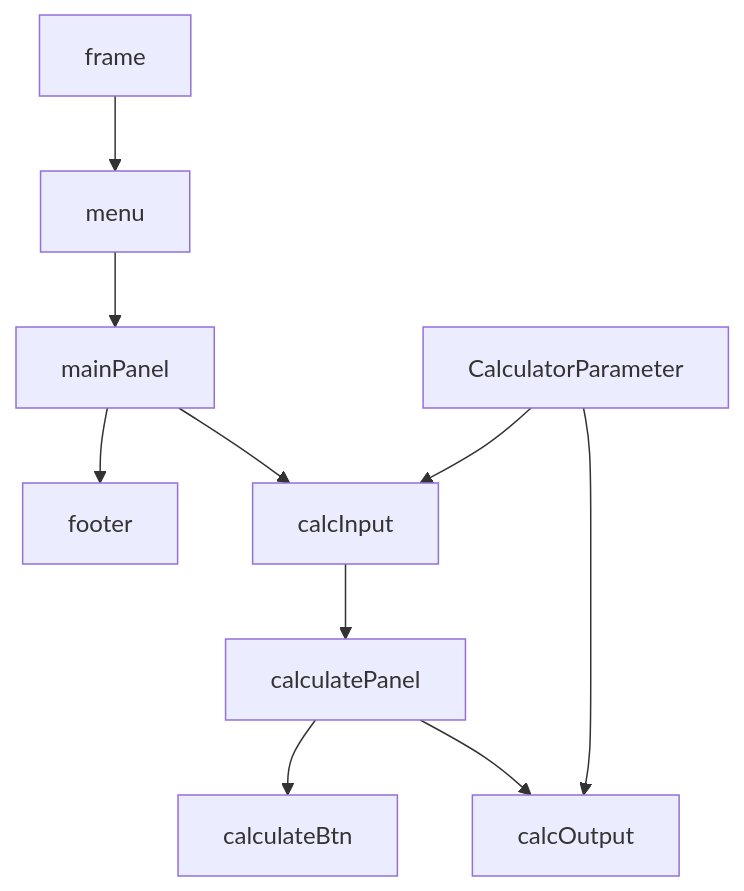
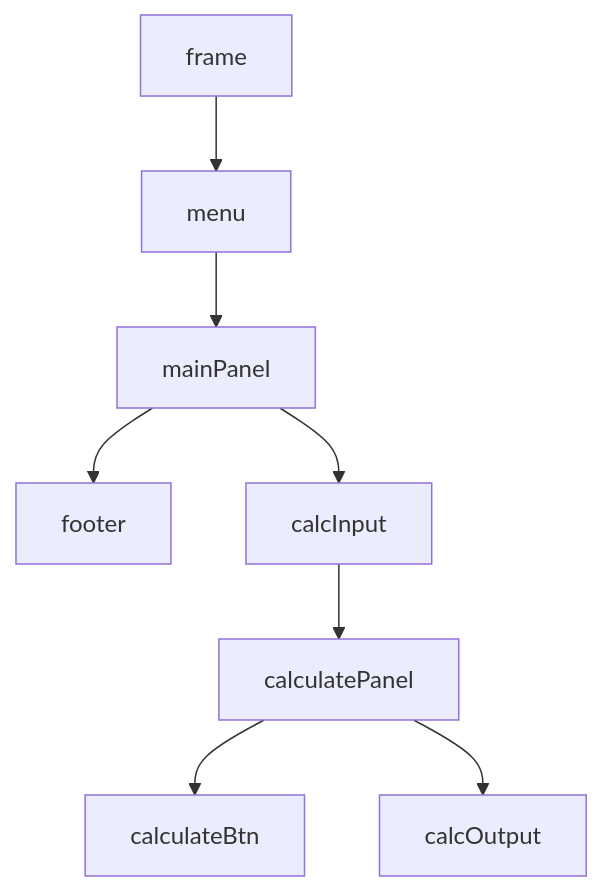
One commit to h4sski-programming/swing_playground changed the diagram in README.md. Above: the diagram before and after it, drawn with Mermaid. The commit also changed 3 other files, not shown here.

Commit message:
CalculatorParameter.java has been removed, no longer used. Start create JSON database file. This one with more values and better readable. Later need to test import those values.

````diff
--- a/README.md
+++ b/README.md
@@ -38,12 +38,10 @@
 ```mermaid
 graph TD;
 A[frame] --> B[menu];
 B --> C[mainPanel];
 C --> D[footer];
 C --> E[calcInput];
 E --> F[calculatePanel];
 F --> G[calculateBtn];
 F --> H[calcOutput];
-I[CalculatorParameter] --> E;
-I --> H;
 ```
````
